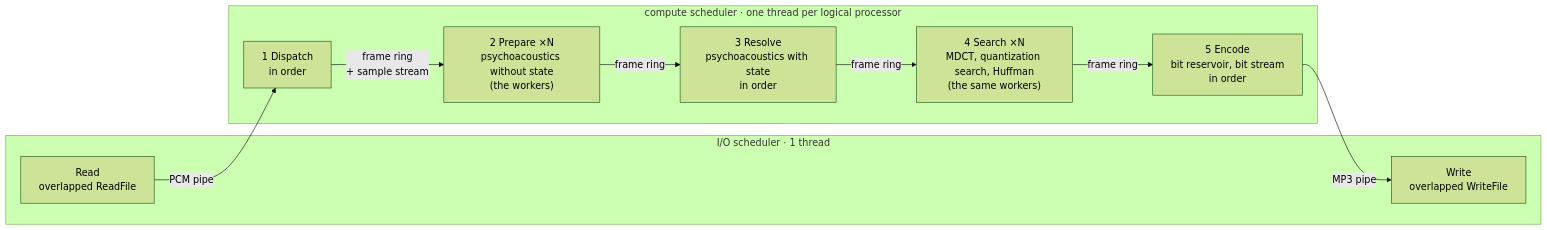
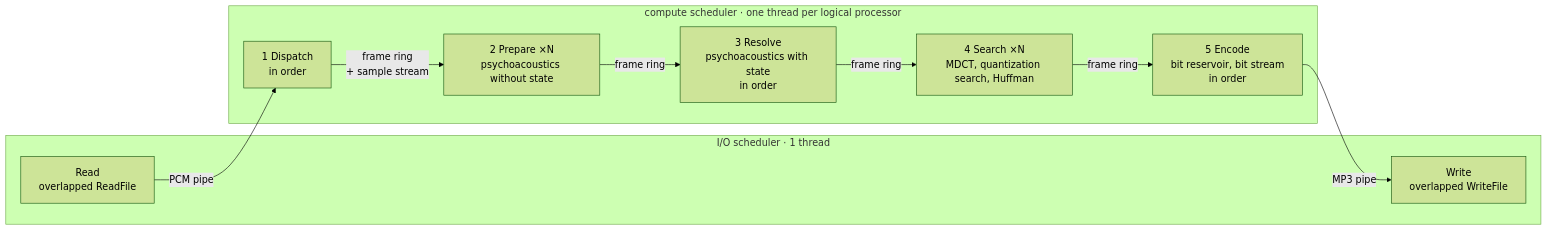
Before and after one commit to ThinkMeta-com/ThinkMeta.ConcurrentTasks.Samples: the diagram in ctLame/README.md, drawn with Mermaid (forest theme). The commit also changed other lines of this file and 55 other files, not shown here.

````diff
--- a/ctLame/README.md
+++ b/ctLame/README.md
@@ -264,20 +264,20 @@
 ```mermaid
 flowchart LR
     subgraph io ["I/O scheduler · 1 thread"]
         R["Read<br/>overlapped ReadFile"]
         W["Write<br/>overlapped WriteFile"]
     end
     subgraph cpu ["compute scheduler · one thread per logical processor"]
         D["1 Dispatch<br/>in order"]
-        P["2 Prepare ×N<br/>psychoacoustics without state<br/>(the workers)"]
+        P["2 Prepare ×N<br/>psychoacoustics without state"]
         V["3 Resolve<br/>psychoacoustics with state<br/>in order"]
-        S["4 Search ×N<br/>MDCT, quantization search, Huffman<br/>(the same workers)"]
+        S["4 Search ×N<br/>MDCT, quantization search, Huffman"]
         E["5 Encode<br/>bit reservoir, bit stream<br/>in order"]
     end
     R -- "PCM pipe" --> D
     D -- "frame ring<br/>+ sample stream" --> P
     P -- "frame ring" --> V
     V -- "frame ring" --> S
     S -- "frame ring" --> E
     E -- "MP3 pipe" --> W
 ```
````
